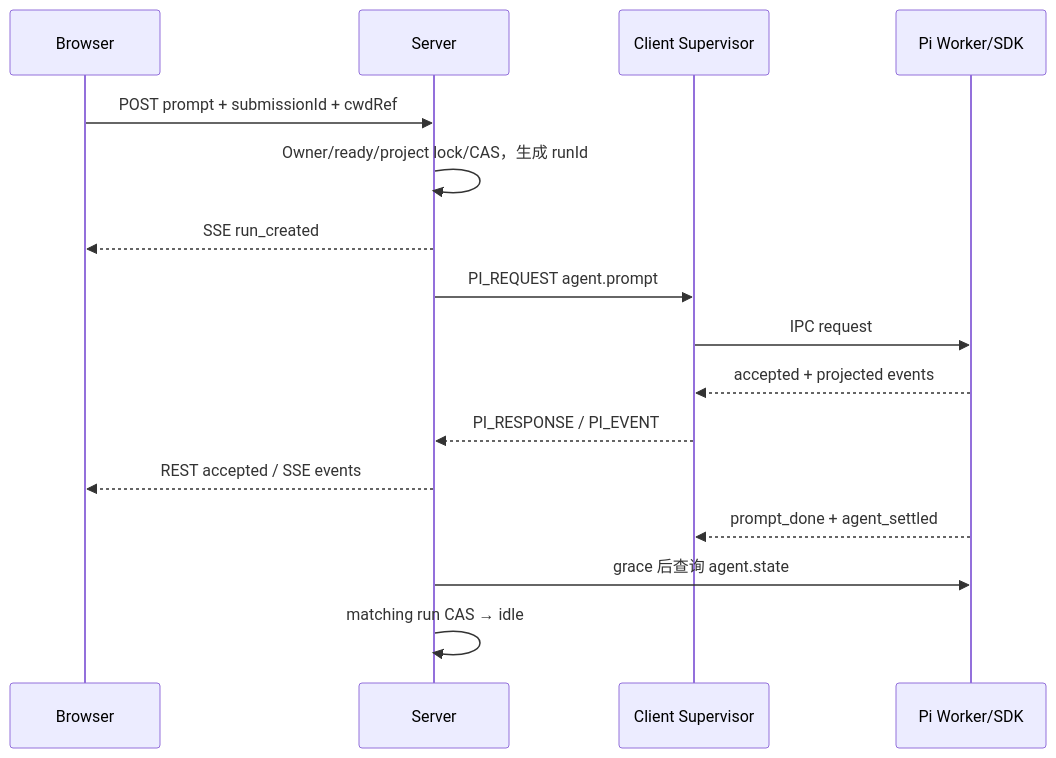
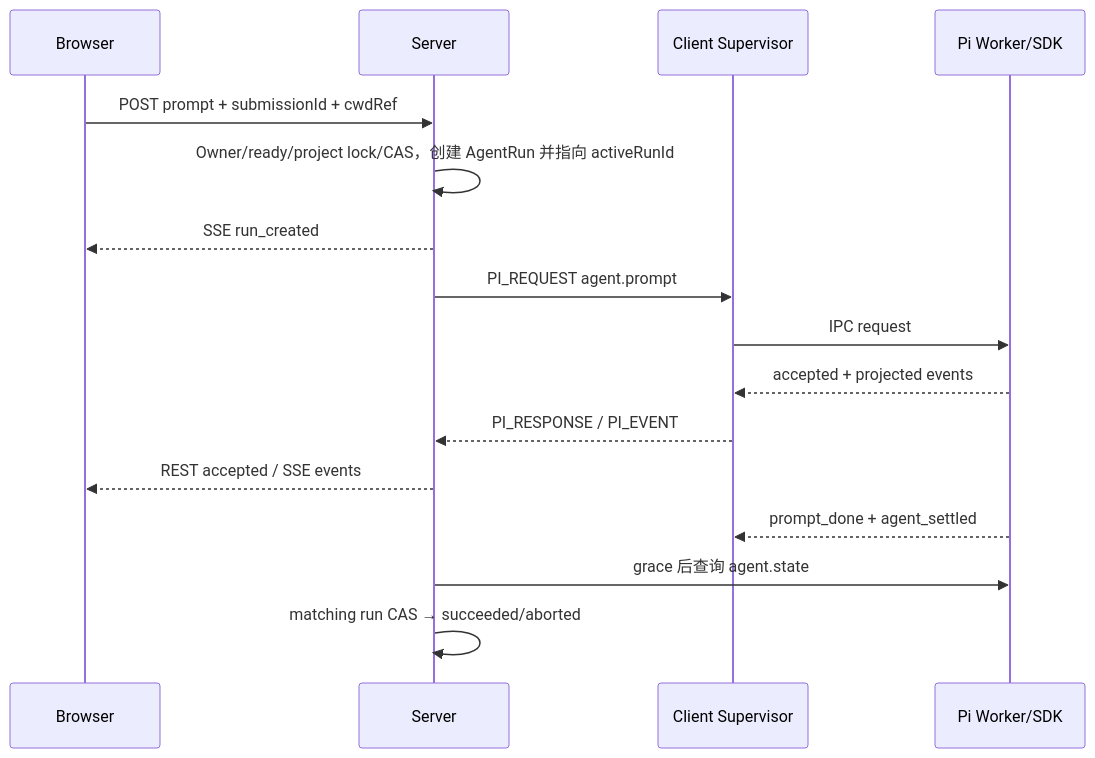
One commit to xuzhen97/VCPDeck changed the fourth of 4 diagrams in docs/design/remote-pi.md. Above: the diagram before and after it, drawn with Mermaid. The commit also changed other lines of this file and 89 other files, not shown here.

First line of the commit message:
Agent 会话/Run/审计脱离 Job：三实体独立控制面（ADR-0041）

````diff
--- a/docs/design/remote-pi.md
+++ b/docs/design/remote-pi.md
@@ -167,19 +175,19 @@
 ```mermaid
 sequenceDiagram
     participant B as Browser
     participant S as Server
     participant C as Client Supervisor
     participant W as Pi Worker/SDK
 
     B->>S: POST prompt + submissionId + cwdRef
-    S->>S: Owner/ready/project lock/CAS，生成 runId
+    S->>S: Owner/ready/project lock/CAS，创建 AgentRun 并指向 activeRunId
     S-->>B: SSE run_created
     S->>C: PI_REQUEST agent.prompt
     C->>W: IPC request
     W-->>C: accepted + projected events
     C-->>S: PI_RESPONSE / PI_EVENT
     S-->>B: REST accepted / SSE events
     W-->>C: prompt_done + agent_settled
     S->>W: grace 后查询 agent.state
-    S->>S: matching run CAS → idle
+    S->>S: matching run CAS → succeeded/aborted
 ```
````
